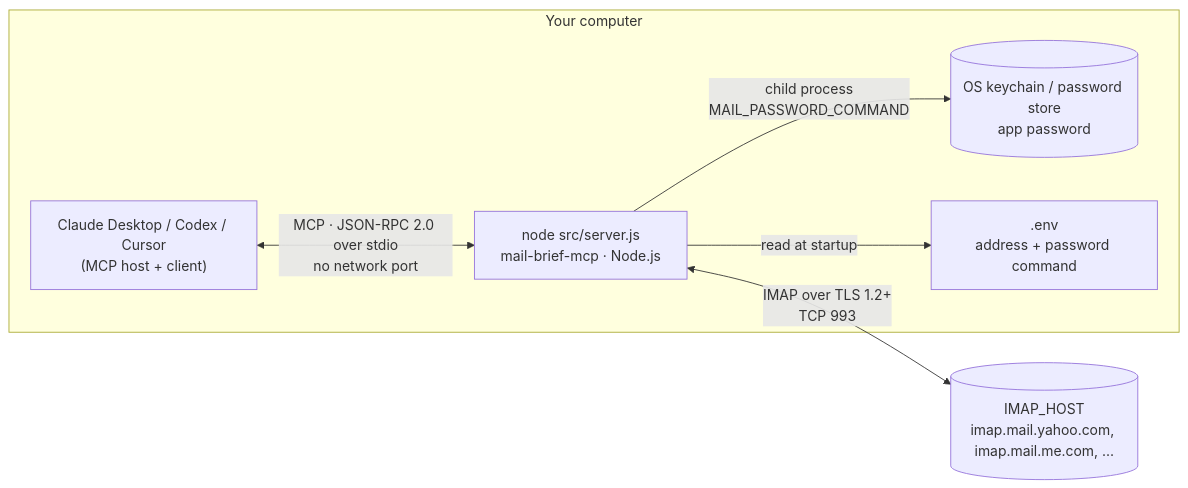
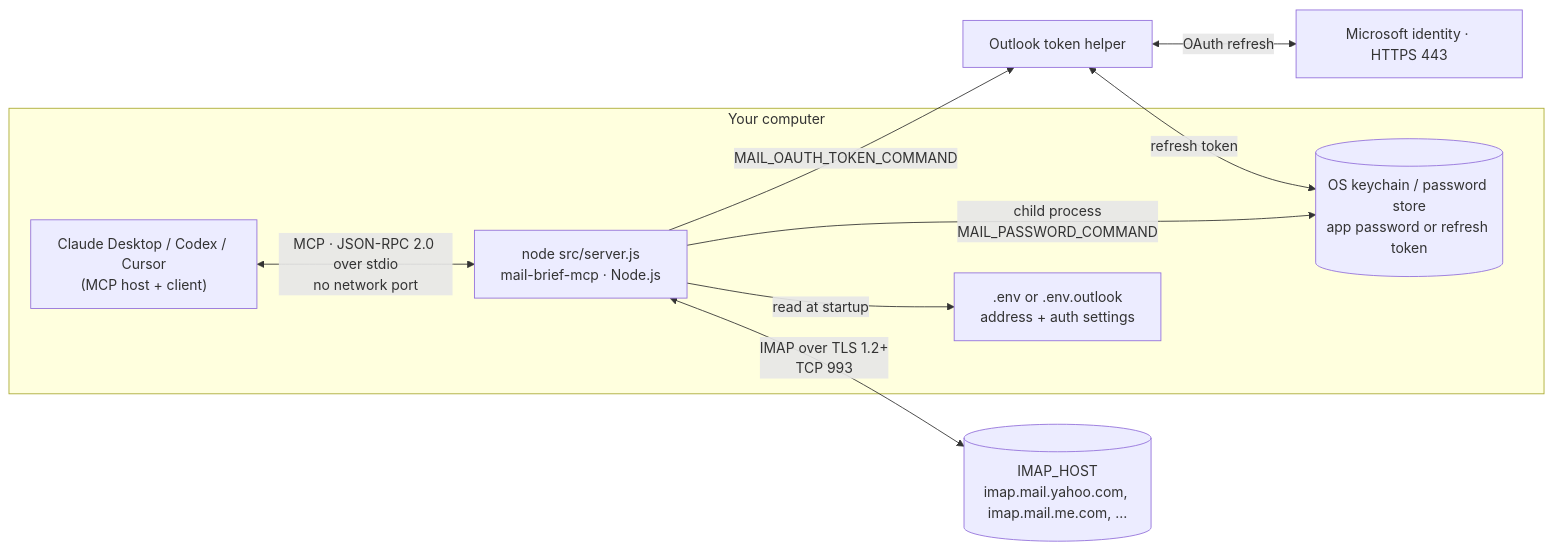
One commit to praneethpalla/mail-brief-mcp changed the diagram in README.md. Above: the diagram before and after it, drawn with Mermaid. The commit also changed other lines of this file and 14 other files, not shown here.

First line of the commit message:
v0.2.0: Outlook.com OAuth sign-in, opt-in Junk moves and one-click unsubscribe

````diff
--- a/README.md
+++ b/README.md
@@ -25,15 +26,20 @@
 ```mermaid
 flowchart LR
     subgraph Mac["Your computer"]
         Host["Claude Desktop / Codex / Cursor<br/>(MCP host + client)"]
         Server["node src/server.js<br/>mail-brief-mcp · Node.js"]
-        Keychain[("OS keychain / password store<br/>app password")]
-        Env[".env<br/>address + password command"]
+        Keychain[("OS keychain / password store<br/>app password or refresh token")]
+        Env[".env or .env.outlook<br/>address + auth settings"]
     end
+    OAuth["Outlook token helper"]
+    Identity["Microsoft identity · HTTPS 443"]
+    Server -->|"MAIL_OAUTH_TOKEN_COMMAND"| OAuth
+    OAuth <-->|"refresh token"| Keychain
+    OAuth <-->|"OAuth refresh"| Identity
     Mail[("IMAP_HOST<br/>imap.mail.yahoo.com, imap.mail.me.com, …")]
 
     Host <-->|"MCP · JSON-RPC 2.0 over stdio<br/>no network port"| Server
     Server -->|"child process<br/>MAIL_PASSWORD_COMMAND"| Keychain
     Server -->|"read at startup"| Env
     Server <-->|"IMAP over TLS 1.2+<br/>TCP 993"| Mail
 ```
````
